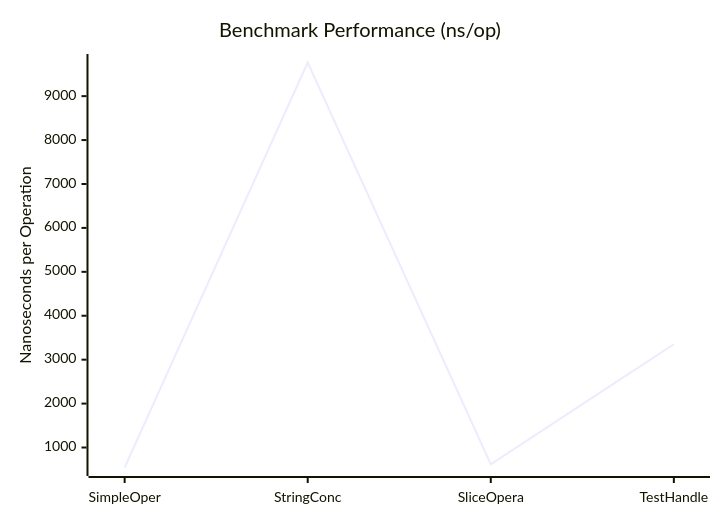
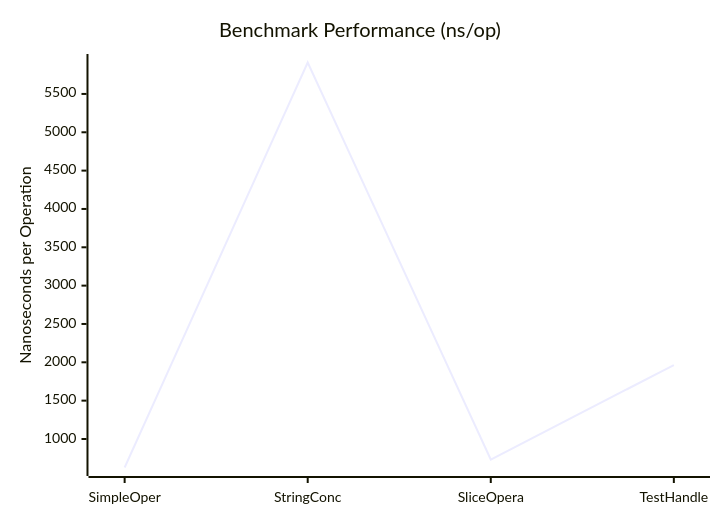
One commit to kitd3k/benchzribe changed the diagram in README.md. Above: the diagram before and after it, drawn with Mermaid. The commit also changed other lines of this file and 1 other file, not shown here.

````diff
--- a/README.md
+++ b/README.md
@@ -50,7 +50,7 @@
 ```mermaid
 xychart-beta
     title "Benchmark Performance (ns/op)"
     x-axis ["SimpleOper", "StringConc", "SliceOpera", "TestHandle"]
     y-axis "Nanoseconds per Operation"
-    line [545, 9766, 619, 3351]
+    line [628, 5910, 732, 1964]
 ```
````
